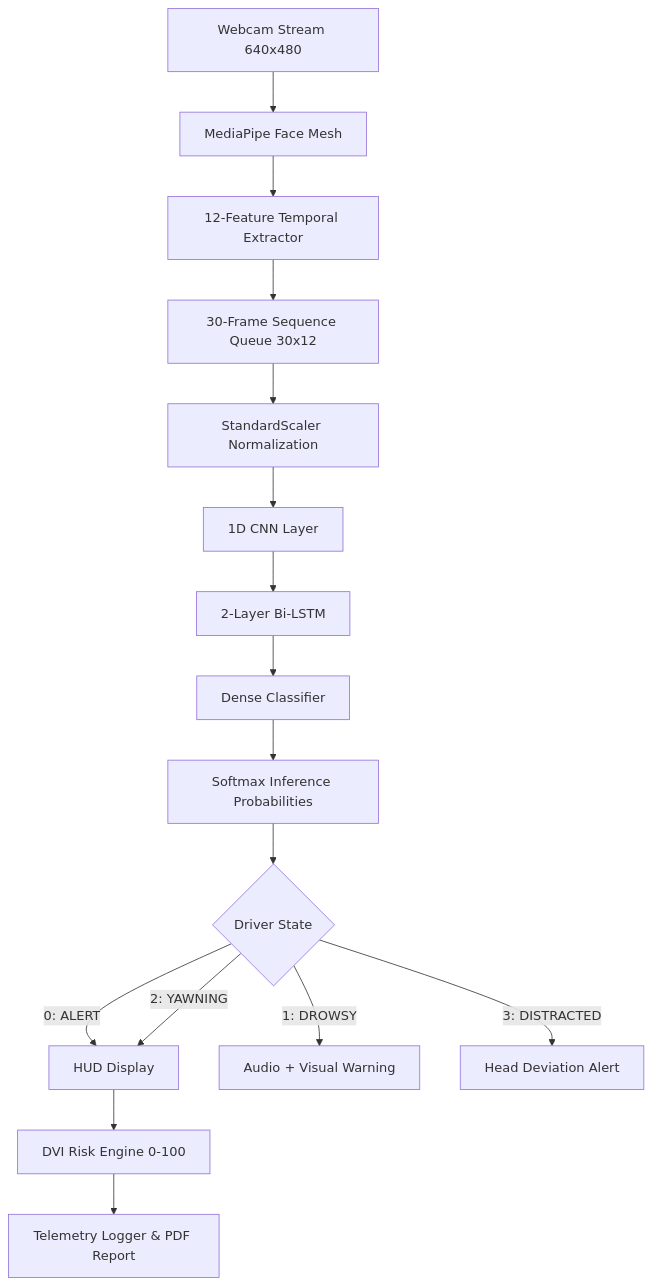
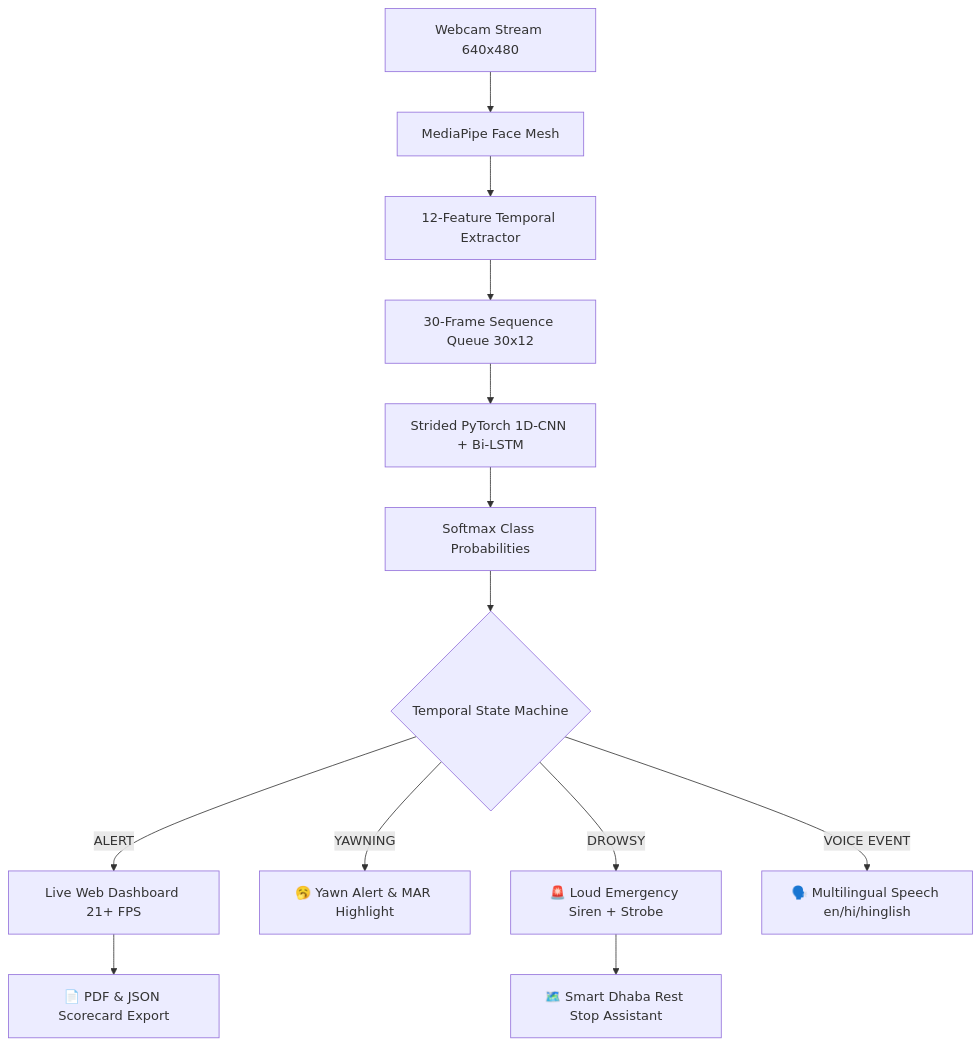
Before and after one commit to ManojKumarC0112/Driver-Safety-detection: the diagram in README.md, drawn with Mermaid. The commit also changed other lines of this file and 14 other files, not shown here.

Commit message:
Feat: Add Web Cockpit Dashboard, High-FPS Strided Inference, Multilingual Voice Alerts, Yawn Detection & Rest Stop Assistant

````diff
--- a/README.md
+++ b/README.md
@@ -27,18 +30,15 @@
 ```mermaid
 graph TD
     A[Webcam Stream 640x480] --> B[MediaPipe Face Mesh]
     B --> C[12-Feature Temporal Extractor]
     C --> D[30-Frame Sequence Queue 30x12]
-    D --> E[StandardScaler Normalization]
-    E --> F[1D CNN Layer]
-    F --> G[2-Layer Bi-LSTM]
-    G --> H[Dense Classifier]
-    H --> I[Softmax Inference Probabilities]
-    I --> J{Driver State}
-    J -->|0: ALERT| K[HUD Display]
-    J -->|1: DROWSY| L[Audio + Visual Warning]
-    J -->|2: YAWNING| K
-    J -->|3: DISTRACTED| M[Head Deviation Alert]
-    K --> N[DVI Risk Engine 0-100]
-    N --> O[Telemetry Logger & PDF Report]
+    D --> E[Strided PyTorch 1D-CNN + Bi-LSTM]
+    E --> F[Softmax Class Probabilities]
+    F --> G{Temporal State Machine}
+    G -->|ALERT| H[Live Web Dashboard 21+ FPS]
+    G -->|YAWNING| I[🥱 Yawn Alert & MAR Highlight]
+    G -->|DROWSY| J[🚨 Loud Emergency Siren + Strobe]
+    G -->|VOICE EVENT| K[🗣️ Multilingual Speech en/hi/hinglish]
+    J --> L[🗺️ Smart Dhaba Rest Stop Assistant]
+    H --> M[📄 PDF & JSON Scorecard Export]
 ```
````
